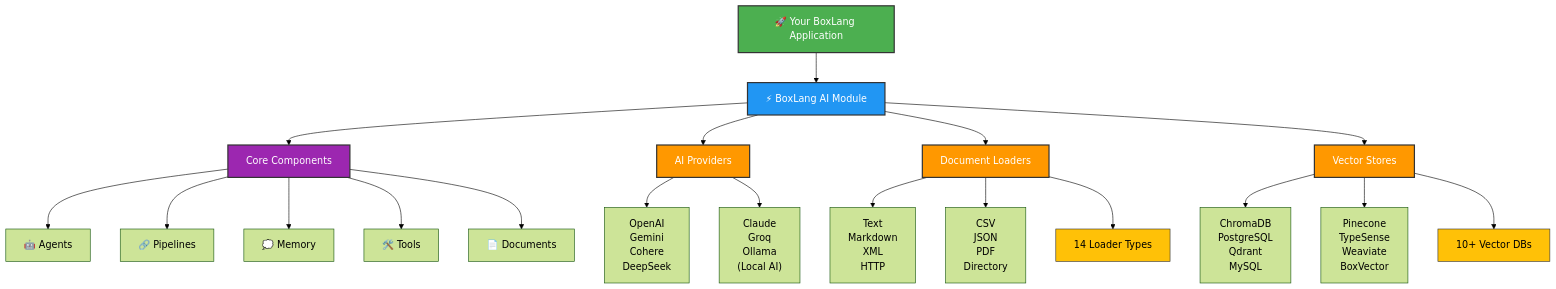
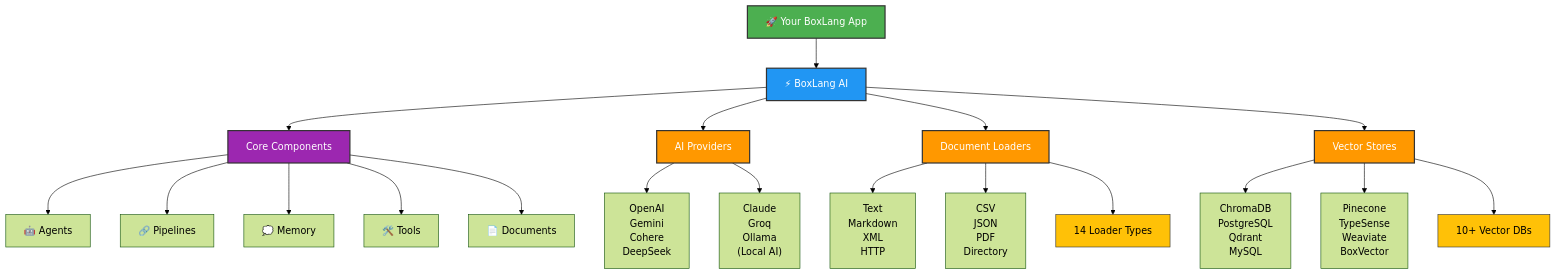
Before and after one commit to ortus-boxlang/bx-ai: the diagram in docs/README.md, drawn with Mermaid (forest theme). The commit also changed other lines of this file and 4 other files, not shown here.

````diff
--- a/docs/README.md
+++ b/docs/README.md
@@ -9,37 +9,37 @@
 ```mermaid
 graph TB
-    App["🚀 Your BoxLang Application"]
+    App["🚀 Your BoxLang App"]
 
-    App --> Module["⚡ BoxLang AI Module"]
+    App --> Module["⚡ BoxLang AI"]
 
     Module --> Components["Core Components"]
     Components --> Agents["🤖 Agents"]
     Components --> Pipelines["🔗 Pipelines"]
     Components --> Memory["💭 Memory"]
     Components --> Tools["🛠️ Tools"]
     Components --> Documents["📄 Documents"]
 
     Module --> Providers["AI Providers"]
     Module --> Loaders["Document Loaders"]
     Module --> Vectors["Vector Stores"]
 
     Providers --> OpenAI["OpenAI<br/>Gemini<br/>Cohere<br/>DeepSeek"]
     Providers --> Claude["Claude<br/>Groq<br/>Ollama<br/>(Local AI)"]
 
     Loaders --> LoaderSet1["Text<br/>Markdown<br/>XML<br/>HTTP"]
     Loaders --> LoaderSet2["CSV<br/>JSON<br/>PDF<br/>Directory"]
     Loaders --> LoaderNote["14 Loader Types"]
 
     Vectors --> VectorSet1["ChromaDB<br/>PostgreSQL<br/>Qdrant<br/>MySQL"]
     Vectors --> VectorSet2["Pinecone<br/>TypeSense<br/>Weaviate<br/>BoxVector"]
     Vectors --> VectorNote["10+ Vector DBs"]
 
     style App fill:#4CAF50,stroke:#333,stroke-width:2px,color:#fff
     style Module fill:#2196F3,stroke:#333,stroke-width:2px,color:#fff
     style Components fill:#9C27B0,stroke:#333,stroke-width:2px,color:#fff
     style Providers fill:#FF9800,stroke:#333,stroke-width:2px,color:#fff
     style Loaders fill:#FF9800,stroke:#333,stroke-width:2px,color:#fff
     style Vectors fill:#FF9800,stroke:#333,stroke-width:2px,color:#fff
     style LoaderNote fill:#FFC107,stroke:#333,stroke-width:1px,color:#000
     style VectorNote fill:#FFC107,stroke:#333,stroke-width:1px,color:#000
 ```
````
